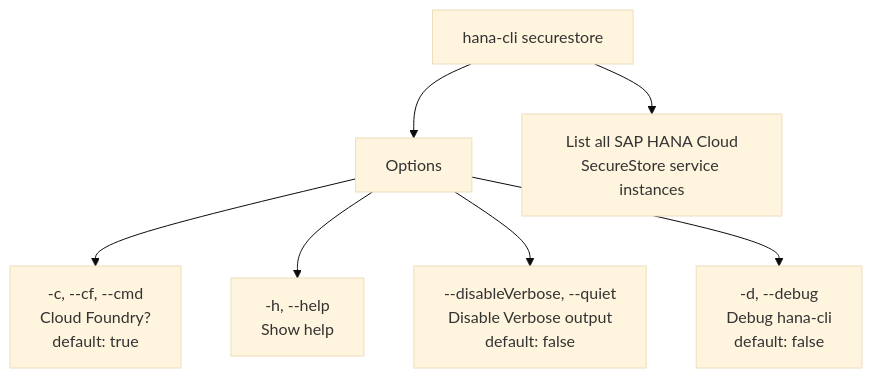
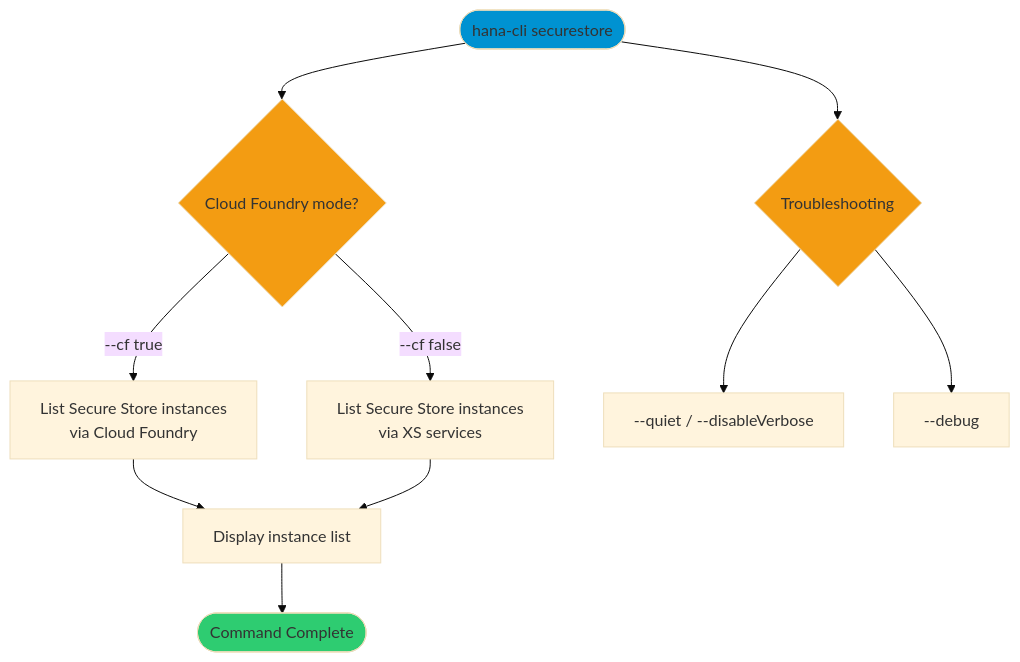
The first of 2 diagrams in docs/02-commands/hana-cloud/hana-cloud-secure-store-instances.md (SAP-samples/hana-developer-cli-tool-example), drawn with Mermaid (base theme) before and after one commit. The commit also changed other lines of this file and 8 other files, not shown here.

Commit message:
feat: enhance documentation for HANA Cloud commands with improved clarity and consistency

````diff
--- a/docs/02-commands/hana-cloud/hana-cloud-secure-store-instances.md
+++ b/docs/02-commands/hana-cloud/hana-cloud-secure-store-instances.md
@@ -28,9 +28,17 @@
 ```mermaid
 graph TD
-    A["hana-cli securestore"] --> B["Options"]
-    B --> C["-c, --cf, --cmd<br/>Cloud Foundry?<br/>default: true"]
-    B --> D["-h, --help<br/>Show help"]
-    B --> E["--disableVerbose, --quiet<br/>Disable Verbose output<br/>default: false"]
-    B --> F["-d, --debug<br/>Debug hana-cli<br/>default: false"]
-    A --> G["List all SAP HANA Cloud<br/>SecureStore service instances"]
+    Start([hana-cli securestore]) --> Mode{Cloud Foundry mode?}
+    Mode -->|--cf true| CF["List Secure Store instances<br/>via Cloud Foundry"]
+    Mode -->|--cf false| XS["List Secure Store instances<br/>via XS services"]
+    CF --> Output["Display instance list"]
+    XS --> Output
+    Start --> Options{Troubleshooting}
+    Options --> Quiet["--quiet / --disableVerbose"]
+    Options --> Debug["--debug"]
+    Output --> Complete([Command Complete])
+
+    style Start fill:#0092d1
+    style Complete fill:#2ecc71
+    style Mode fill:#f39c12
+    style Options fill:#f39c12
 ```
````
